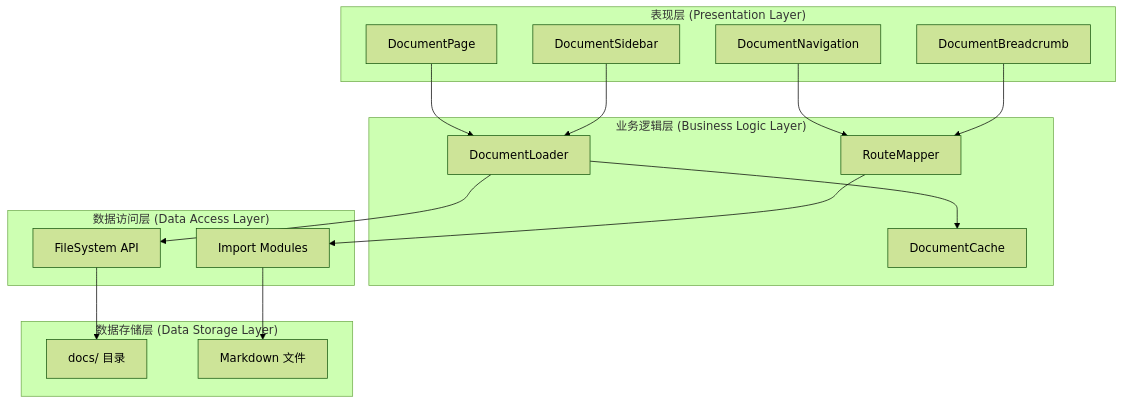
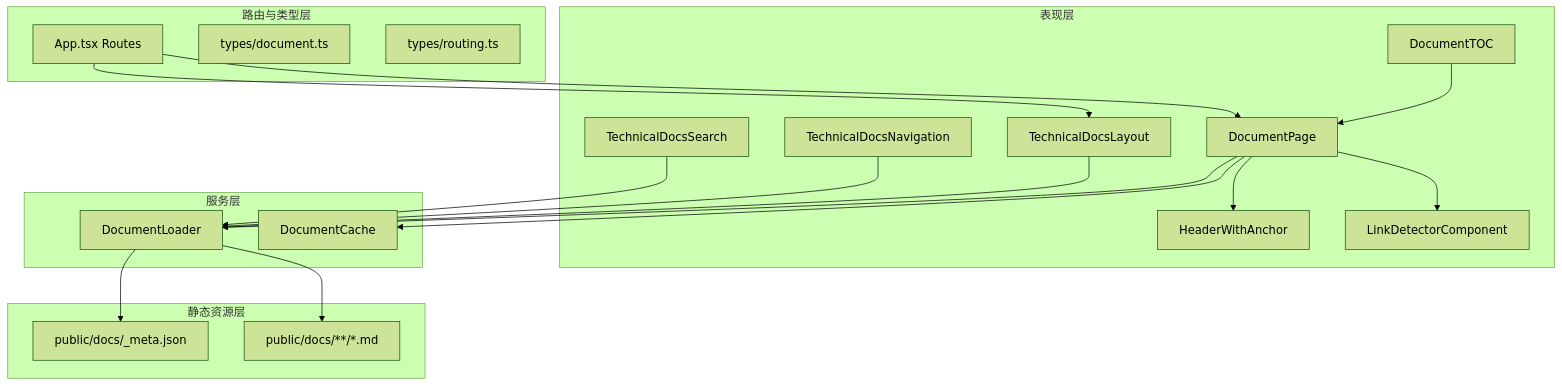
The second of 6 diagrams in .trae/documents/DESIGN_markdown_docs_repository.md (necc-hub/new_energy_coder_club), drawn with Mermaid (forest theme) before and after one commit. The commit also changed other lines of this file and 31 other files, not shown here.

````diff
--- a/.trae/documents/DESIGN_markdown_docs_repository.md
+++ b/.trae/documents/DESIGN_markdown_docs_repository.md
@@ -41,35 +40,41 @@
 ```mermaid
 graph TB
-    subgraph "表现层 (Presentation Layer)"
+    subgraph "表现层"
         A1[DocumentPage]
-        A2[DocumentNavigation]
-        A3[DocumentBreadcrumb]
-        A4[DocumentSidebar]
+        A2[TechnicalDocsLayout]
+        A3[TechnicalDocsNavigation]
+        A4[TechnicalDocsSearch]
+        A5[DocumentTOC]
+        A6[HeaderWithAnchor]
+        A7[LinkDetectorComponent]
     end
-    
-    subgraph "业务逻辑层 (Business Logic Layer)"
+
+    subgraph "服务层"
         B1[DocumentLoader]
         B2[DocumentCache]
-        B3[RouteMapper]
     end
-    
-    subgraph "数据访问层 (Data Access Layer)"
-        C1[FileSystem API]
-        C2[Import Modules]
+
+    subgraph "路由与类型层"
+        C1[App.tsx Routes]
+        C2[types/document.ts]
+        C3[types/routing.ts]
     end
-    
-    subgraph "数据存储层 (Data Storage Layer)"
-        D1[docs/ 目录]
-        D2[Markdown 文件]
+
+    subgraph "静态资源层"
+        D1[public/docs/_meta.json]
+        D2[public/docs/**/*.md]
     end
-    
+
     A1 --> B1
-    A2 --> B3
-    A3 --> B3
+    A1 --> B2
+    A2 --> B1
+    A3 --> B1
     A4 --> B1
-    B1 --> B2
-    B1 --> C1
-    B3 --> C2
-    C1 --> D1
-    C2 --> D2
+    A5 --> A1
+    B1 --> D1
+    B1 --> D2
+    C1 --> A1
+    C1 --> A2
+    A1 --> A6
+    A1 --> A7
 ```
````
